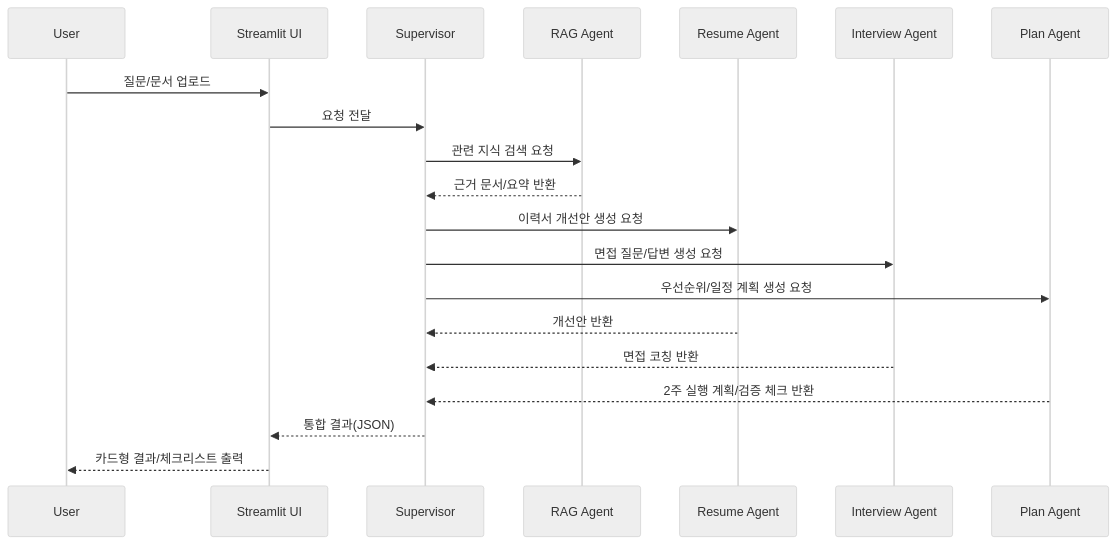
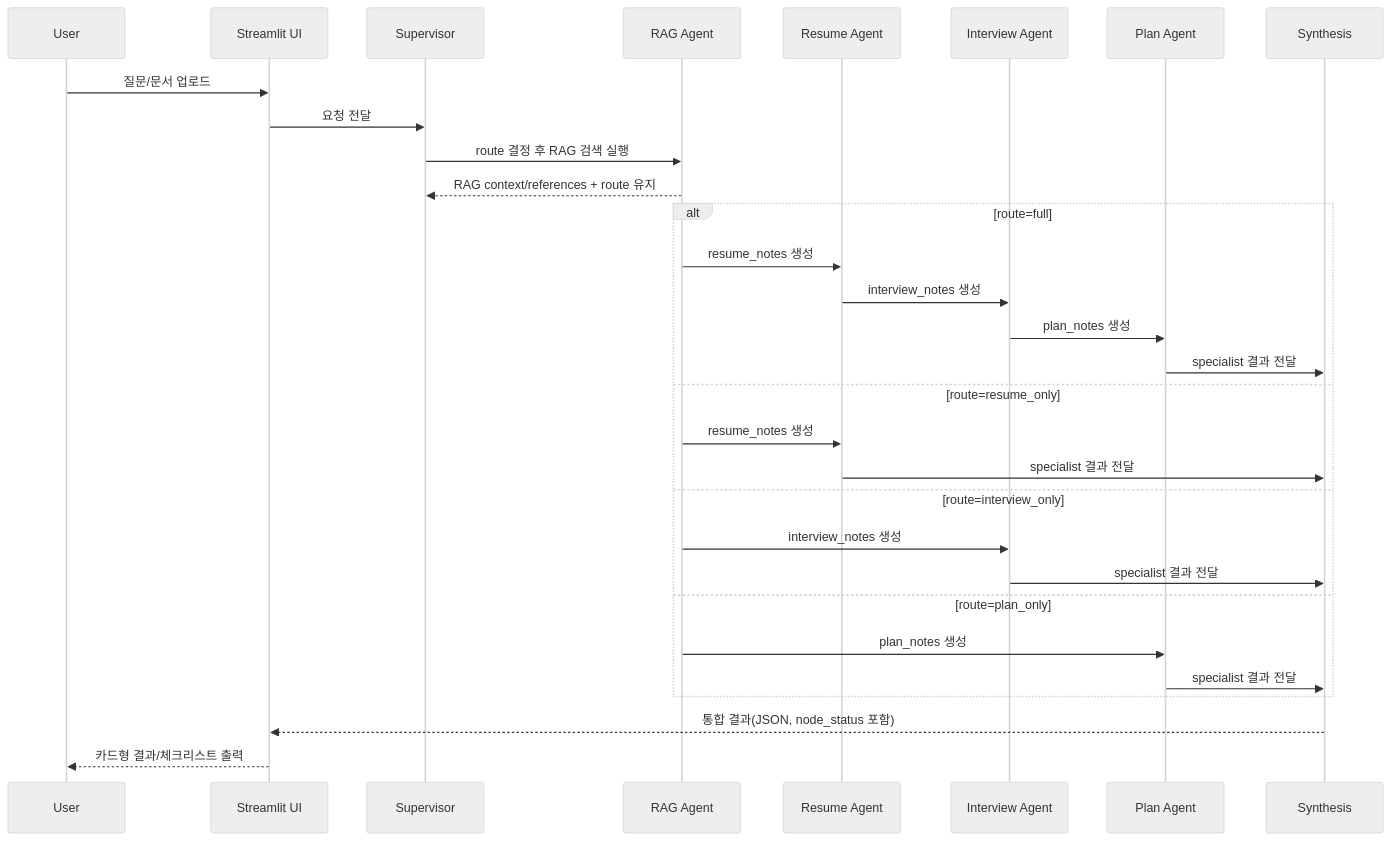
The second of 2 diagrams in docs/step2_planning_design.md (skax-hisover/AI-BootCamp), drawn with Mermaid (neutral theme) before and after one commit. The commit also changed other lines of this file and 12 other files, not shown here.

````diff
--- a/docs/step2_planning_design.md
+++ b/docs/step2_planning_design.md
@@ -267,23 +269,33 @@
 ```mermaid
 sequenceDiagram
     participant User
     participant UI as Streamlit UI
     participant Sup as Supervisor
     participant Rag as RAG Agent
     participant Res as Resume Agent
     participant Int as Interview Agent
     participant Plan as Plan Agent
+    participant Syn as Synthesis
 
     User->>UI: 질문/문서 업로드
     UI->>Sup: 요청 전달
-    Sup->>Rag: 관련 지식 검색 요청
-    Rag-->>Sup: 근거 문서/요약 반환
-    Sup->>Res: 이력서 개선안 생성 요청
-    Sup->>Int: 면접 질문/답변 생성 요청
-    Sup->>Plan: 우선순위/일정 계획 생성 요청
-    Res-->>Sup: 개선안 반환
-    Int-->>Sup: 면접 코칭 반환
-    Plan-->>Sup: 2주 실행 계획/검증 체크 반환
-    Sup-->>UI: 통합 결과(JSON)
+    Sup->>Rag: route 결정 후 RAG 검색 실행
+    Rag-->>Sup: RAG context/references + route 유지
+    alt route=full
+        Rag->>Res: resume_notes 생성
+        Res->>Int: interview_notes 생성
+        Int->>Plan: plan_notes 생성
+        Plan->>Syn: specialist 결과 전달
+    else route=resume_only
+        Rag->>Res: resume_notes 생성
+        Res->>Syn: specialist 결과 전달
+    else route=interview_only
+        Rag->>Int: interview_notes 생성
+        Int->>Syn: specialist 결과 전달
+    else route=plan_only
+        Rag->>Plan: plan_notes 생성
+        Plan->>Syn: specialist 결과 전달
+    end
+    Syn-->>UI: 통합 결과(JSON, node_status 포함)
     UI-->>User: 카드형 결과/체크리스트 출력
 ```
````
